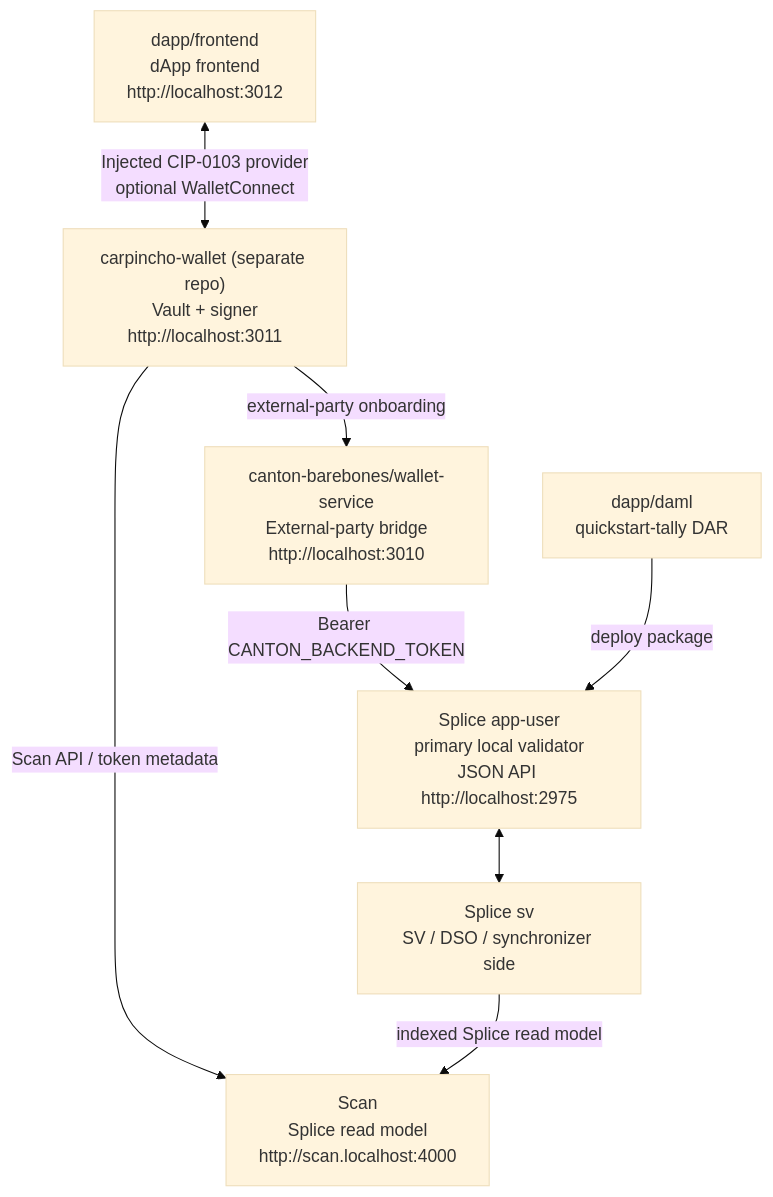
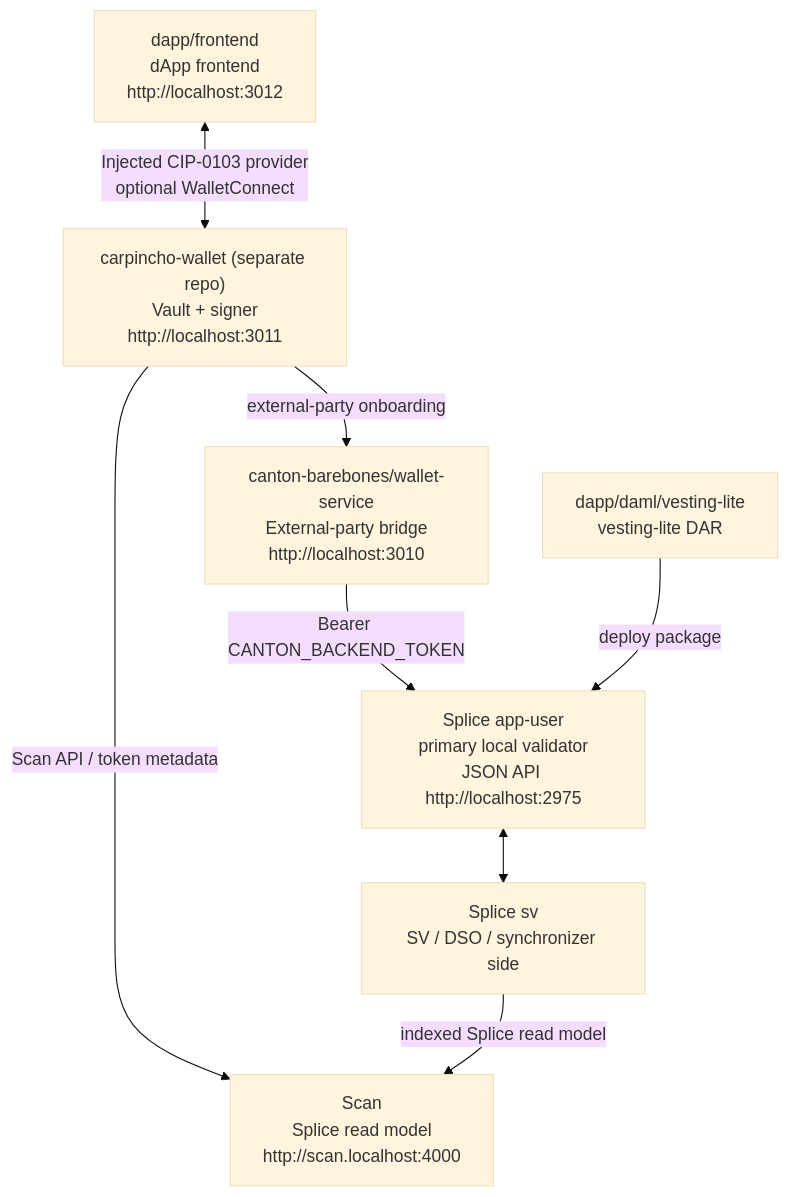
The diagram in README.md (BootNodeDev/canton-dappbooster), drawn with Mermaid (base theme) before and after one commit. The commit also changed other lines of this file and 2 other files, not shown here.

First line of the commit message:
docs: describe the live vesting stack

````diff
--- a/README.md
+++ b/README.md
@@ -5,18 +5,18 @@
 ```mermaid
 flowchart TD
   fe["dapp/frontend<br/>dApp frontend<br/>http://localhost:3012"]
   wallet["carpincho-wallet (separate repo)<br/>Vault + signer<br/>http://localhost:3011"]
   ws["canton-barebones/wallet-service<br/>External-party bridge<br/>http://localhost:3010"]
   au["Splice app-user<br/>primary local validator<br/>JSON API http://localhost:2975"]
   sv["Splice sv<br/>SV / DSO / synchronizer side"]
   scan["Scan<br/>Splice read model<br/>http://scan.localhost:4000"]
-  dar["dapp/daml<br/>quickstart-tally DAR"]
+  dar["dapp/daml/vesting-lite<br/>vesting-lite DAR"]
 
   fe <-->|"Injected CIP-0103 provider<br/>optional WalletConnect"| wallet
   wallet -->|"external-party onboarding"| ws
   wallet -->|"Scan API / token metadata"| scan
   ws -->|"Bearer CANTON_BACKEND_TOKEN"| au
   au <--> sv
   sv -->|"indexed Splice read model"| scan
   dar -->|"deploy package"| au
 ```
````
